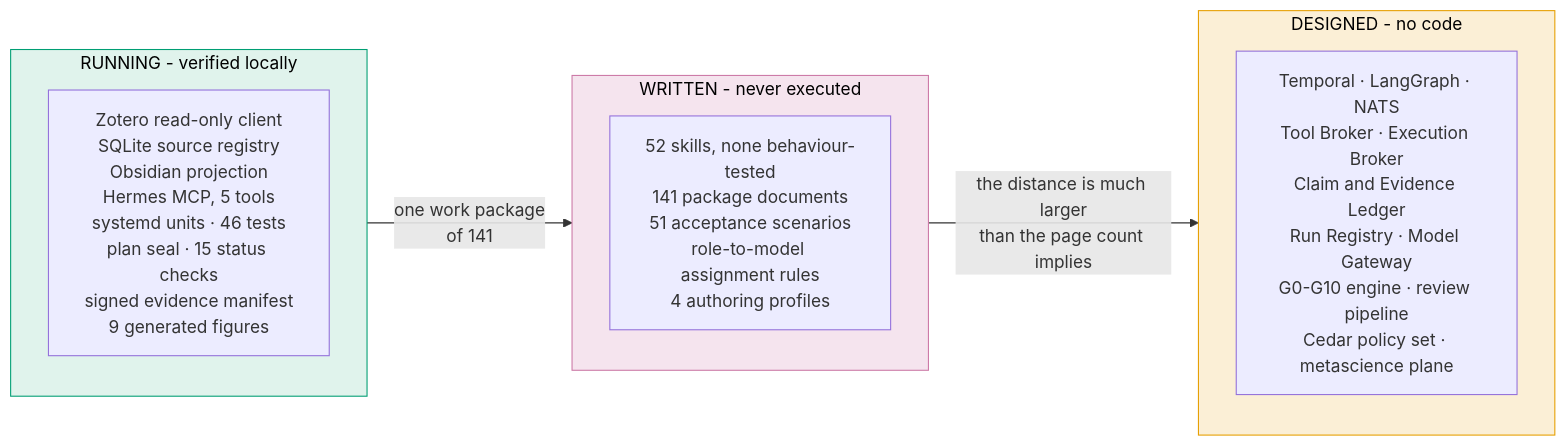
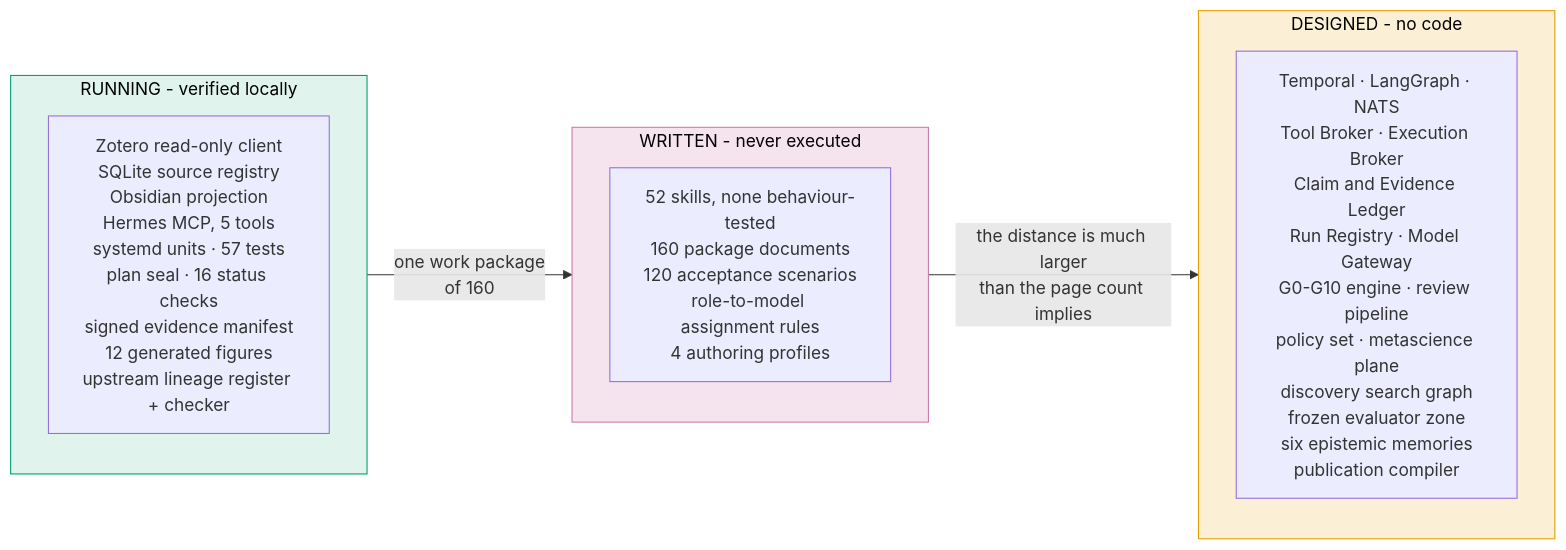
One commit to furkanhanilci/AETHRION changed diagram 14 of 16 in vault_baseline/10 - Projects/AETHRION/aethrion_repository_index.md. Above: the diagram before and after it, drawn with Mermaid. The commit also changed other lines of this file and 824 other files, not shown here.

````diff
--- a/vault_baseline/10 - Projects/AETHRION/aethrion_repository_index.md
+++ b/vault_baseline/10 - Projects/AETHRION/aethrion_repository_index.md
@@ -697,17 +824,17 @@
 ```mermaid
 flowchart LR
     subgraph WORKING["RUNNING - verified locally"]
-        W["Zotero read-only client<br/>SQLite source registry<br/>Obsidian projection<br/>Hermes MCP, 5 tools<br/>systemd units · 46 tests<br/>plan seal · 15 status checks<br/>signed evidence manifest<br/>9 generated figures"]
+        W["Zotero read-only client<br/>SQLite source registry<br/>Obsidian projection<br/>Hermes MCP, 5 tools<br/>systemd units · 57 tests<br/>plan seal · 16 status checks<br/>signed evidence manifest<br/>12 generated figures<br/>upstream lineage register + checker"]
     end
     subgraph WRITTEN["WRITTEN - never executed"]
-        S["52 skills, none behaviour-tested<br/>141 package documents<br/>51 acceptance scenarios<br/>role-to-model assignment rules<br/>4 authoring profiles"]
+        S["52 skills, none behaviour-tested<br/>160 package documents<br/>120 acceptance scenarios<br/>role-to-model assignment rules<br/>4 authoring profiles"]
     end
     subgraph DESIGNED["DESIGNED - no code"]
-        D["Temporal · LangGraph · NATS<br/>Tool Broker · Execution Broker<br/>Claim and Evidence Ledger<br/>Run Registry · Model Gateway<br/>G0-G10 engine · review pipeline<br/>Cedar policy set · metascience plane"]
+        D["Temporal · LangGraph · NATS<br/>Tool Broker · Execution Broker<br/>Claim and Evidence Ledger<br/>Run Registry · Model Gateway<br/>G0-G10 engine · review pipeline<br/>policy set · metascience plane<br/>discovery search graph<br/>frozen evaluator zone<br/>six epistemic memories<br/>publication compiler"]
     end
-    WORKING -->|"one work package<br/>of 141"| WRITTEN
+    WORKING -->|"one work package<br/>of 160"| WRITTEN
     WRITTEN -->|"the distance is much larger<br/>than the page count implies"| DESIGNED
     style WORKING fill:#E0F3EC,stroke:#009E73,color:#000
     style WRITTEN fill:#F5E4EE,stroke:#CC79A7,color:#000
     style DESIGNED fill:#FBEFD6,stroke:#E69F00,color:#000
 ```
````
